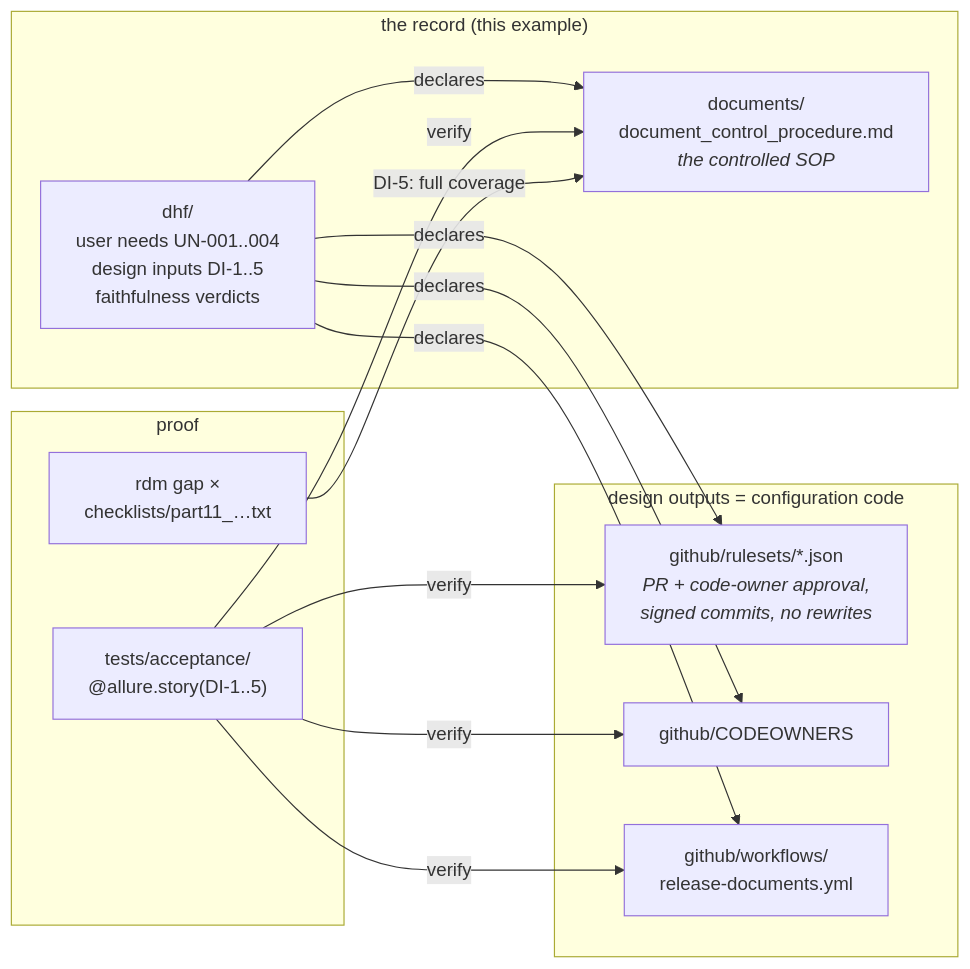
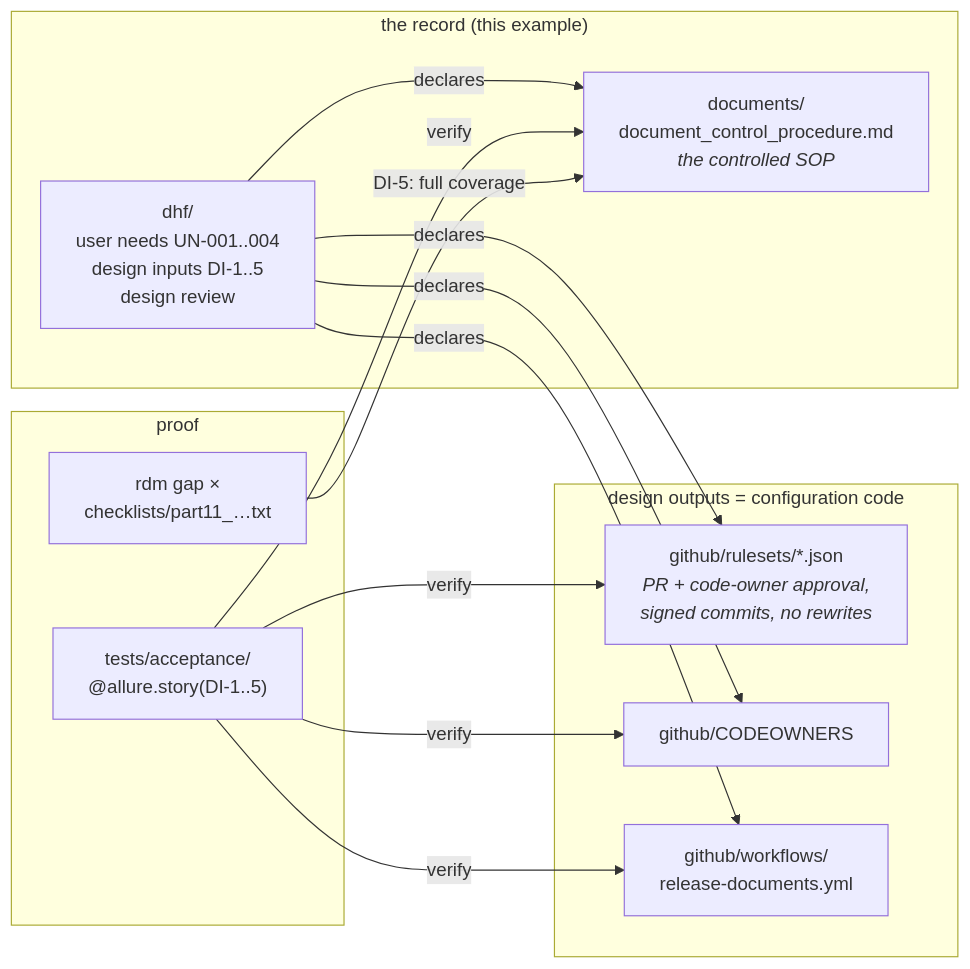
One commit to scope-impact/rdm changed the diagram in examples/github-document-control/README.md. Above: the diagram before and after it, drawn with Mermaid. The commit also changed other lines of this file and 92 other files, not shown here.

````diff
--- a/examples/github-document-control/README.md
+++ b/examples/github-document-control/README.md
@@ -11,19 +11,19 @@
 ```mermaid
 flowchart LR
     subgraph record["the record (this example)"]
         SOP["documents/<br>document_control_procedure.md<br><i>the controlled SOP</i>"]
-        DHF["dhf/<br>user needs UN-001..004<br>design inputs DI-1..5<br>faithfulness verdicts"]
+        DHF["dhf/<br>user needs UN-001..004<br>design inputs DI-1..5<br>design review"]
     end
     subgraph outputs["design outputs = configuration code"]
         RULES["github/rulesets/*.json<br><i>PR + code-owner approval,<br>signed commits, no rewrites</i>"]
         OWNERS["github/CODEOWNERS"]
         REL["github/workflows/<br>release-documents.yml"]
     end
     subgraph proof["proof"]
         TESTS["tests/acceptance/<br>@allure.story(DI-1..5)"]
         GAP["rdm gap ×<br>checklists/part11_…txt"]
     end
     DHF -->|declares| RULES & OWNERS & REL & SOP
     TESTS -->|verify| RULES & OWNERS & REL & SOP
     GAP -->|DI-5: full coverage| SOP
 ```
````
